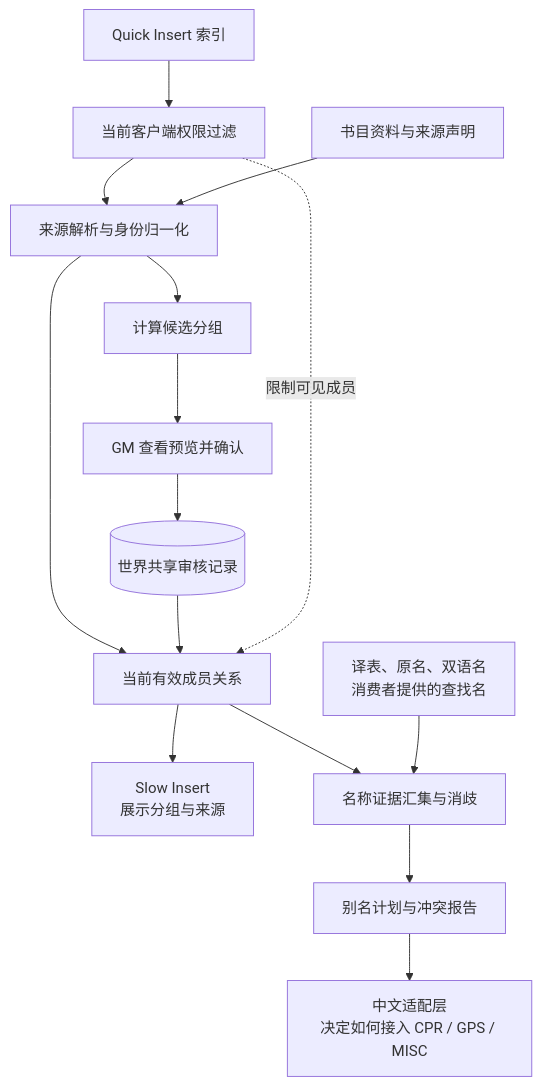
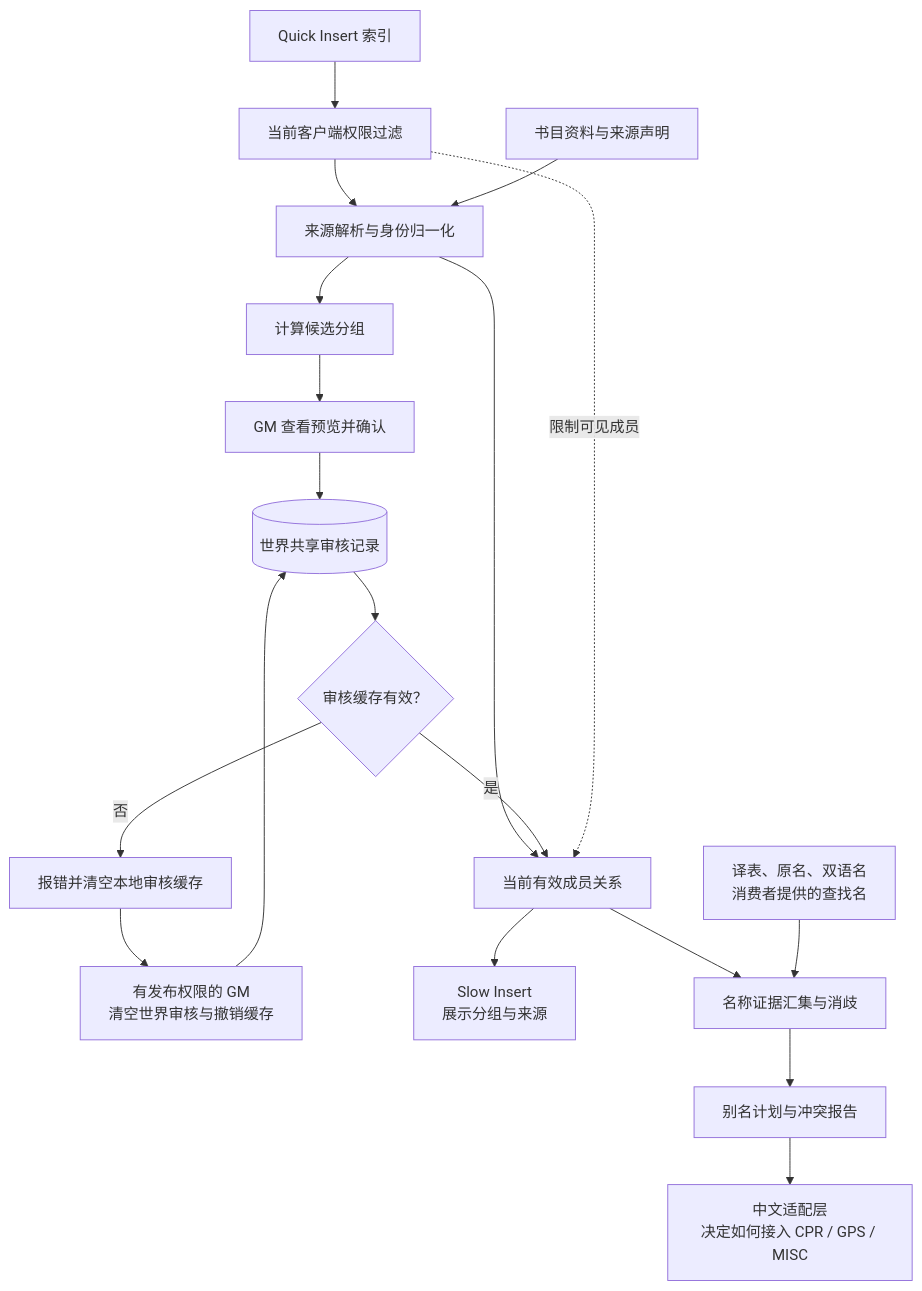
Before and after one commit to 5esimforall/truesight: the first of 4 diagrams in docs/architecture.md, drawn with Mermaid. The commit also changed other lines of this file and 19 other files, not shown here.

````diff
--- a/docs/architecture.md
+++ b/docs/architecture.md
@@ -9,20 +9,24 @@
 ```mermaid
 flowchart TD
     Q["Quick Insert 索引"] --> P["当前客户端权限过滤"]
     P --> S["来源解析与身份归一化"]
     B["书目资料与来源声明"] --> S
 
     S --> C["计算候选分组"]
     C --> R["GM 查看预览并确认"]
     R --> W[("世界共享审核记录")]
 
     S --> V["当前有效成员关系"]
-    W --> V
+    W --> K{"审核缓存有效？"}
+    K -->|"是"| V
+    K -->|"否"| E["报错并清空本地审核缓存"]
+    E --> G["有发布权限的 GM<br/>清空世界审核与撤销缓存"]
+    G --> W
     P -. "限制可见成员" .-> V
 
     V --> SI["Slow Insert<br/>展示分组与来源"]
     V --> N["名称证据汇集与消歧"]
     T["译表、原名、双语名<br/>消费者提供的查找名"] --> N
     N --> A["别名计划与冲突报告"]
     A --> AD["中文适配层<br/>决定如何接入 CPR / GPS / MISC"]
 ```
````
